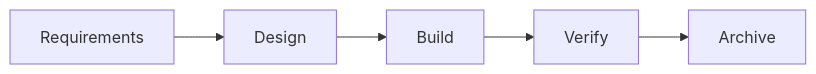
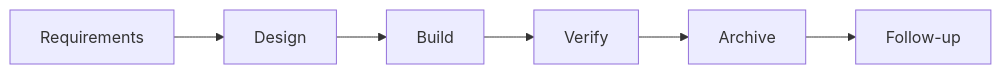
The first of 2 diagrams in docs/guides/feature-development.md (rp1-run/rp1), drawn with Mermaid before and after one commit. The commit also changed other lines of this file and 18 other files, not shown here.

````diff
--- a/docs/guides/feature-development.md
+++ b/docs/guides/feature-development.md
@@ -52,7 +51,8 @@
 ```mermaid
 flowchart LR
     R[Requirements] --> D[Design]
     D --> Bu[Build]
     Bu --> V[Verify]
     V --> A[Archive]
+    A --> F[Follow-up]
 ```
````
